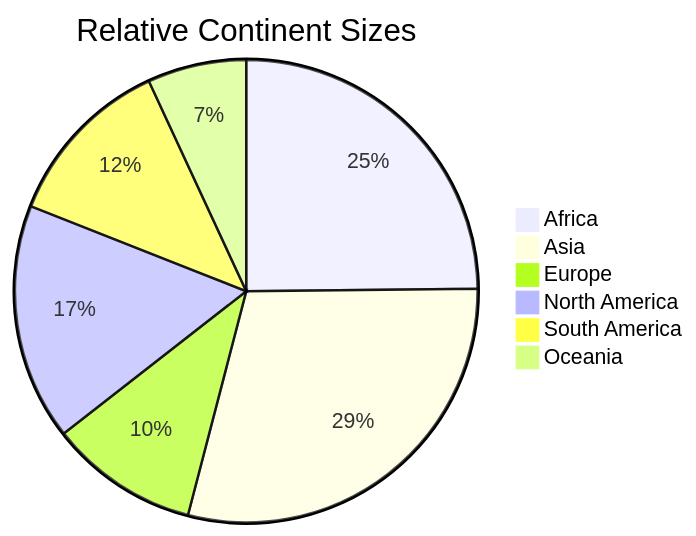
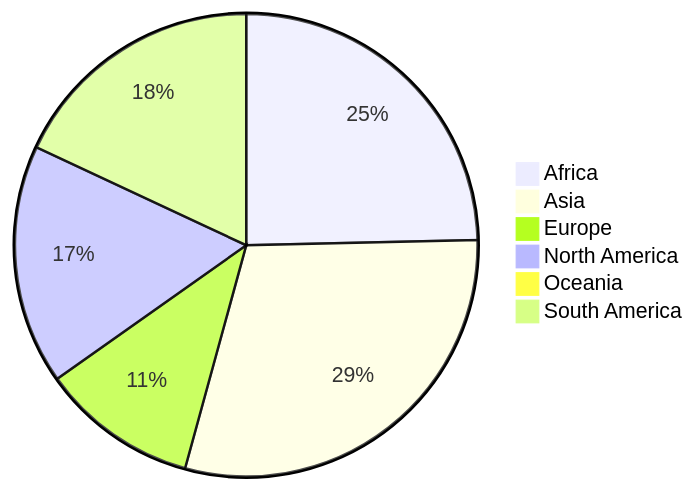
One commit to antononcube/Raku-LLM-Functions changed the fifth of 7 diagrams in docs/Workflows-with-LLM-functions_woven.md. Above: the diagram before and after it, drawn with Mermaid. The commit also changed other lines of this file, not shown here.

````diff
--- a/docs/Workflows-with-LLM-functions_woven.md
+++ b/docs/Workflows-with-LLM-functions_woven.md
@@ -805,9 +845,9 @@
 ```mermaid
-pie title Relative Continent Sizes
-"Africa" : 24.8
-"Asia" : 29.2
-"Europe" : 10.4
-"North America" : 16.5
-"South America" : 12.1
-"Oceania" : 6.9
+pie 
+    "Africa" : 24.3
+    "Asia" : 29.2
+    "Europe" : 10.8
+    "North America" : 16.5
+    "Oceania" : 0.4
+    "South America" : 17.8
 ```
````
